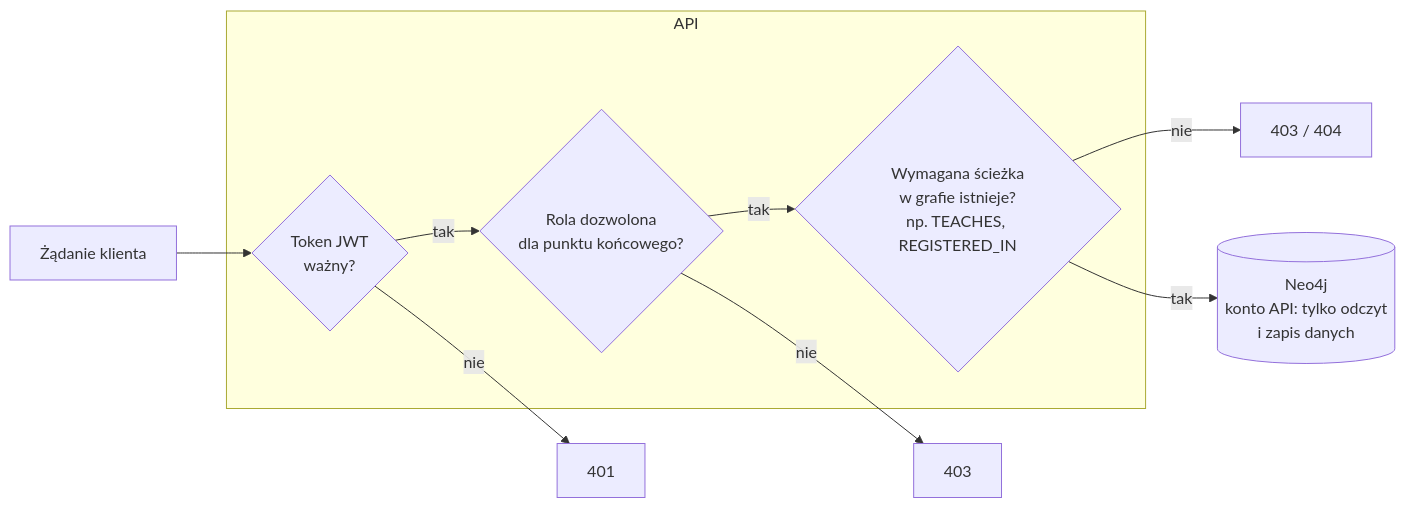
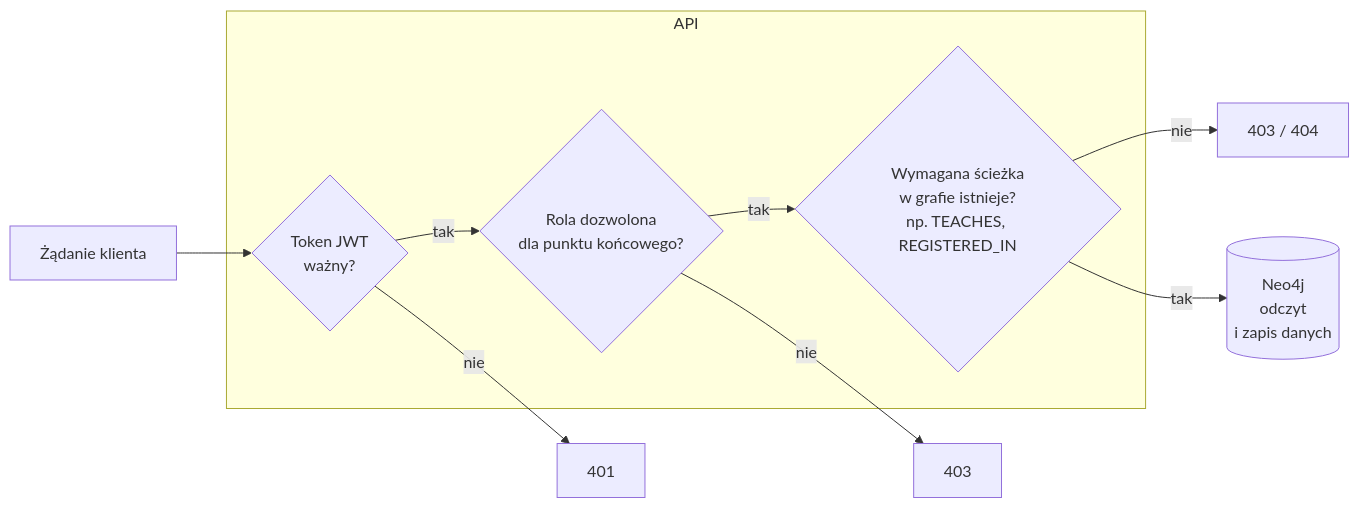
One commit to brua11a/eng-final changed the third of 3 diagrams in praca/brudnopis/Rozdział 3/Projekt systemu.md. Above: the diagram before and after it, drawn with Mermaid. The commit also changed other lines of this file and 59 other files, not shown here.

````diff
--- a/praca/brudnopis/Rozdział 3/Projekt systemu.md
+++ b/praca/brudnopis/Rozdział 3/Projekt systemu.md
@@ -332,15 +332,15 @@
 ```mermaid
 flowchart LR
     K[Żądanie klienta] --> T{Token JWT<br/>ważny?}
     T -- nie --> E401[401]
     T -- tak --> R{Rola dozwolona<br/>dla punktu końcowego?}
     R -- nie --> E403a[403]
     R -- tak --> G{Wymagana ścieżka<br/>w grafie istnieje?<br/>np. TEACHES, REGISTERED_IN}
     G -- nie --> E403b[403 / 404]
-    G -- tak --> DB[(Neo4j<br/>konto API: tylko odczyt<br/>i zapis danych)]
+    G -- tak --> DB[(Neo4j<br/>odczyt<br/>i zapis danych)]
     subgraph API
         T
         R
         G
     end
 ```
````
